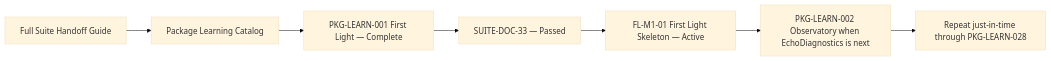
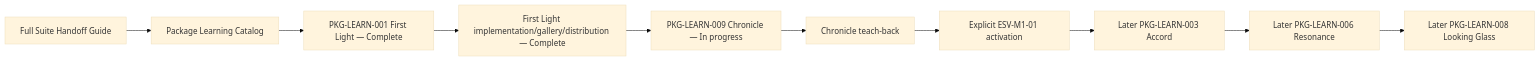
The seventh of 7 diagrams in Plan Documentation/Suite_Graph_Roadmap.md (echodevgames/The-Sperk-Forge), drawn with Mermaid (base theme) before and after one commit. The commit also changed other lines of this file and 13 other files, not shown here.

````diff
--- a/Plan Documentation/Suite_Graph_Roadmap.md
+++ b/Plan Documentation/Suite_Graph_Roadmap.md
@@ -289,9 +311,12 @@
 ```mermaid
 flowchart LR
     H[Full Suite Handoff Guide] --> C[Package Learning Catalog]
     C --> R1[PKG-LEARN-001 First Light — Complete]
-    R1 --> G[SUITE-DOC-33 — Passed]
-    G --> I[FL-M1-01 First Light Skeleton — Active]
-    I --> R2[PKG-LEARN-002 Observatory when EchoDiagnostics is next]
-    R2 --> D[Repeat just-in-time through PKG-LEARN-028]
+    R1 --> FL[First Light implementation/gallery/distribution — Complete]
+    FL --> R9[PKG-LEARN-009 Chronicle — In progress]
+    R9 --> TB[Chronicle teach-back]
+    TB --> ESV[Explicit ESV-M1-01 activation]
+    ESV --> ACC[Later PKG-LEARN-003 Accord]
+    ACC --> RES[Later PKG-LEARN-006 Resonance]
+    RES --> UI[Later PKG-LEARN-008 Looking Glass]
 ```
````
